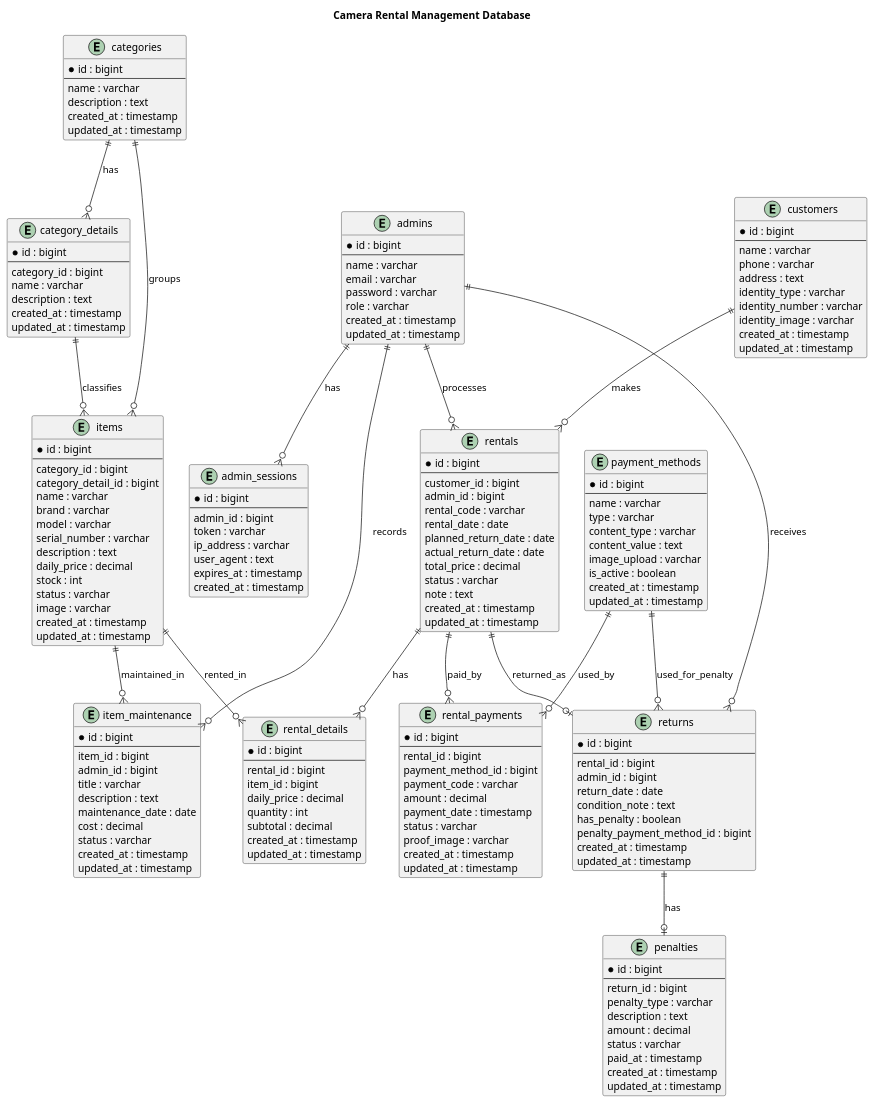
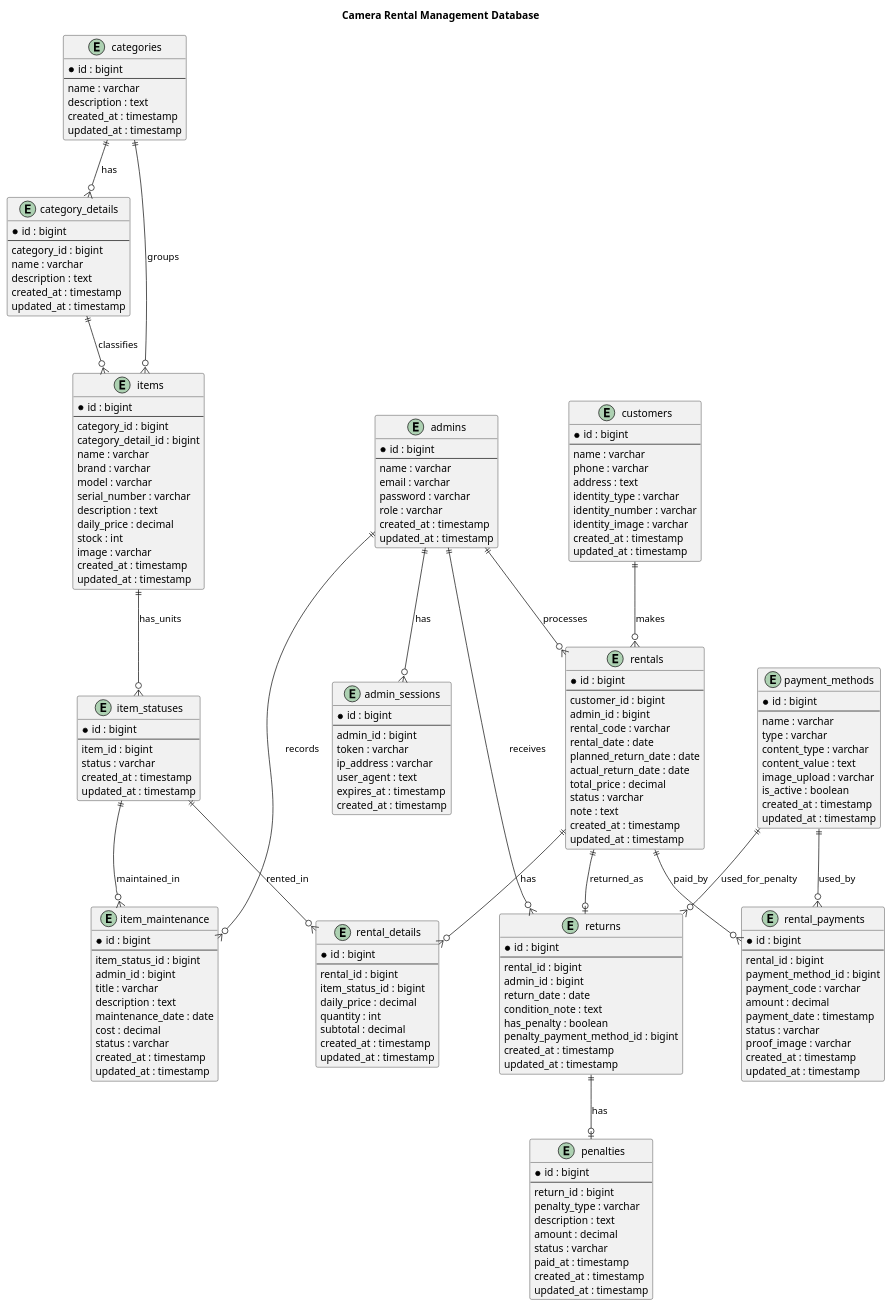
One commit to rovinor4/CameraRentalBe changed the diagram in schema_database.plantuml. Above: the diagram before and after it, drawn with PlantUML. The commit also changed 77 other files, not shown here.

First line of the commit message:
[Add] ItemStatus model, controllers, tests & docs

```diff
--- a/schema_database.plantuml
+++ b/schema_database.plantuml
@@ -67,8 +67,16 @@
   description : text
   daily_price : decimal
   stock : int
+  image : varchar
+  created_at : timestamp
+  updated_at : timestamp
+}
+
+entity item_statuses {
+  * id : bigint
+  --
+  item_id : bigint
   status : varchar
-  image : varchar
   created_at : timestamp
   updated_at : timestamp
 }
@@ -106,7 +114,7 @@
   * id : bigint
   --
   rental_id : bigint
-  item_id : bigint
+  item_status_id : bigint
   daily_price : decimal
   quantity : int
   subtotal : decimal
@@ -157,7 +165,7 @@
 entity item_maintenance {
   * id : bigint
   --
-  item_id : bigint
+  item_status_id : bigint
   admin_id : bigint
   title : varchar
   description : text
@@ -180,7 +188,8 @@
 category_details ||--o{ items : classifies
 
 rentals ||--o{ rental_details : has
-items ||--o{ rental_details : rented_in
+items ||--o{ item_statuses : has_units
+item_statuses ||--o{ rental_details : rented_in
 
 rentals ||--o{ rental_payments : paid_by
 payment_methods ||--o{ rental_payments : used_by
@@ -189,6 +198,6 @@
 returns ||--o| penalties : has
 payment_methods ||--o{ returns : used_for_penalty
 
-items ||--o{ item_maintenance : maintained_in
+item_statuses ||--o{ item_maintenance : maintained_in
 
 @enduml
```
